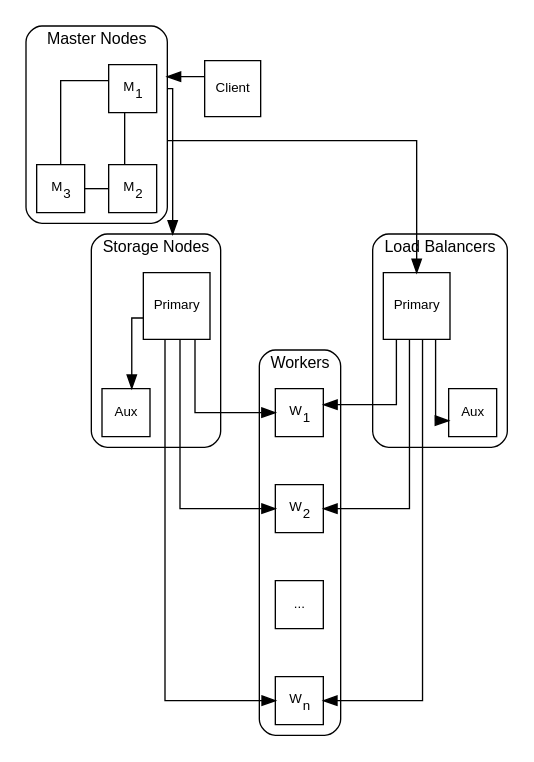
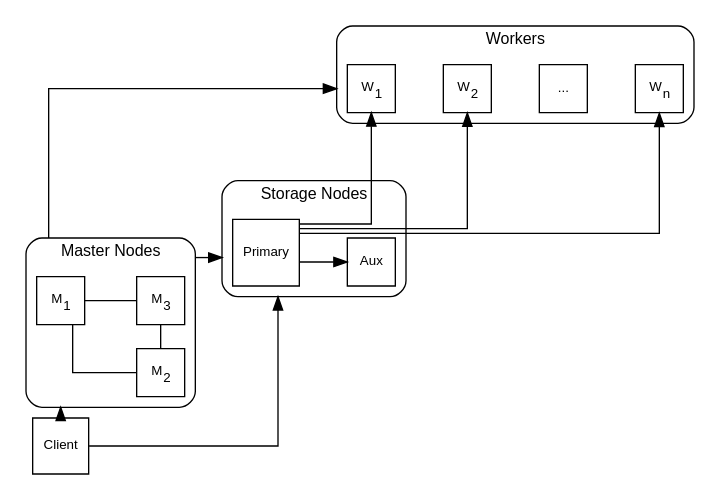
Before and after one commit to maxwelldergosits/MDS: the diagram in doc/system-diagram.dot, drawn with Graphviz. The commit also changed 5 other files, not shown here.

```diff
--- a/doc/system-diagram.dot
+++ b/doc/system-diagram.dot
@@ -1,58 +1,49 @@
 digraph G {
   fontsize=12;
   fontname="Arial";
   node [fontsize=10, fontname="Arial", shape=square]
   splines=ortho;
-  rankdir="TB";
+  rankdir="LR";
   compound=true;
   subgraph cluster_0 {
     style=rounded;
     rank=same;
     M1 [label=<M<SUB>1</SUB>>]
     M2 [label=<M<SUB>2</SUB>>]
     M3 [label=<M<SUB>3</SUB>>]
     M1 -> {M2 M3} [arrowhead=none]
     M2 -> M3 [arrowhead=none]
     label = "Master Nodes";
-  }
-
-  subgraph cluster_1 {
-    style=rounded;
-    B1 [label="Primary"];
-    B2 [label="Aux"];
-    B1 -> B2
-    label = "Load Balancers"
   }
 
   subgraph cluster_2 {
     style=rounded;
     W3 [label="..."]
     W1 [label=<W<SUB>1</SUB>>]
     W2 [label=<W<SUB>2</SUB>>]
     W4 [label=<W<SUB>n</SUB>>]
     W1 -> W2 -> W3 -> W4 [style=invis];
     label = "Workers"
   }
 
   subgraph cluster_3 {
     style=rounded;
     D1 [label="Primary"];
     D2 [label="Aux"];
     D1 -> D2
     label = "Storage Nodes"
   }
 
-  M1 -> B1 [ltail=cluster_0, constraint=false];
-
+  M1 -> W1 [ltail=cluster_0; lhead=cluster_2]
   M1 -> D1 [ltail=cluster_0; lhead=cluster_3, constraint=false]
 
-  B1 -> {W1, W2, W4}
   D1 -> {W1, W2, W4}
 
   M1 -> {D1, D2} [style=invis]
   M2 -> {D1, D2} [style=invis]
   M3 -> {D1, D2} [style=invis]
 
   C1 [label="Client"]
   C1 -> M1 [lhead=cluster_0, constraint=false, minlen=2]
+  C1 -> D1 [lhead=cluster_3, constraint=false, minlen=2]
 }
```
